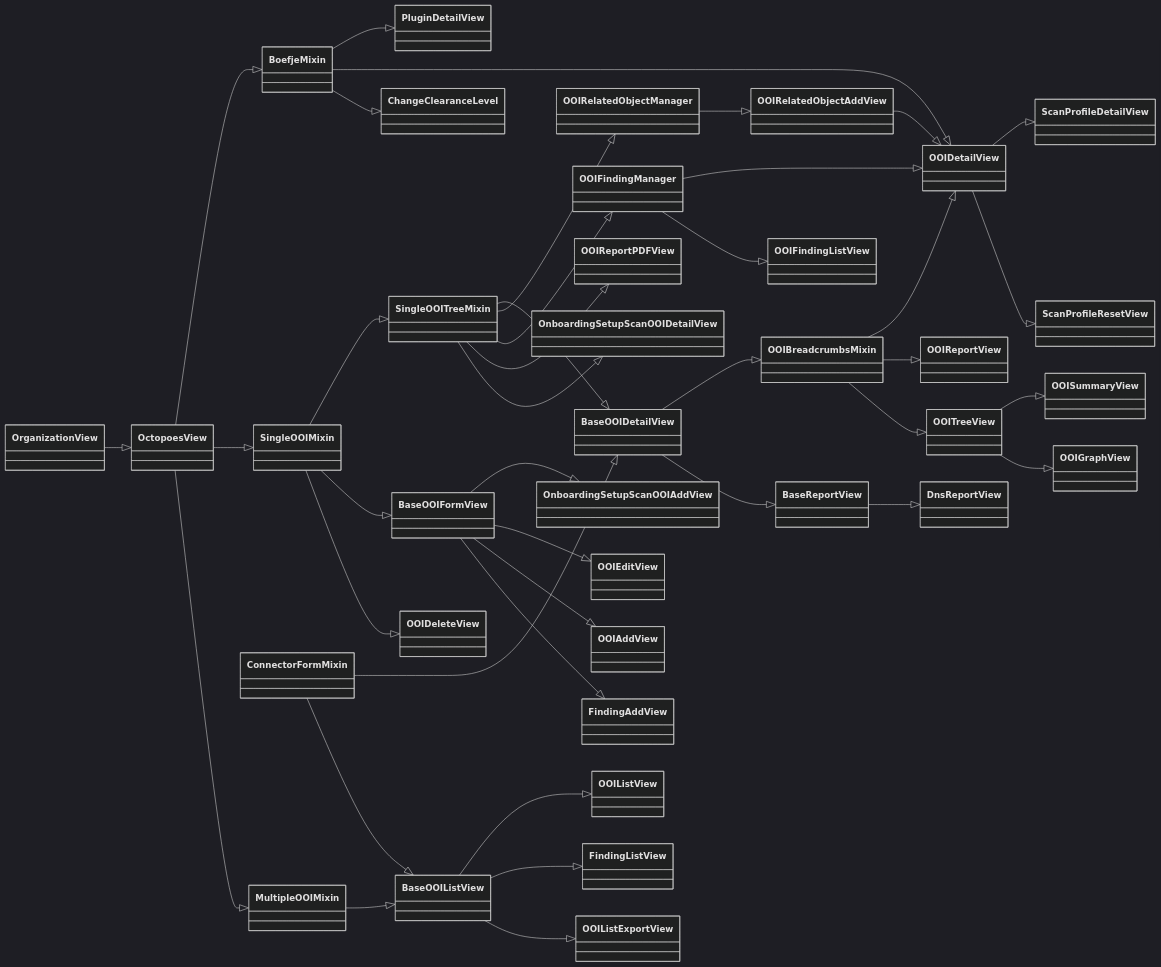
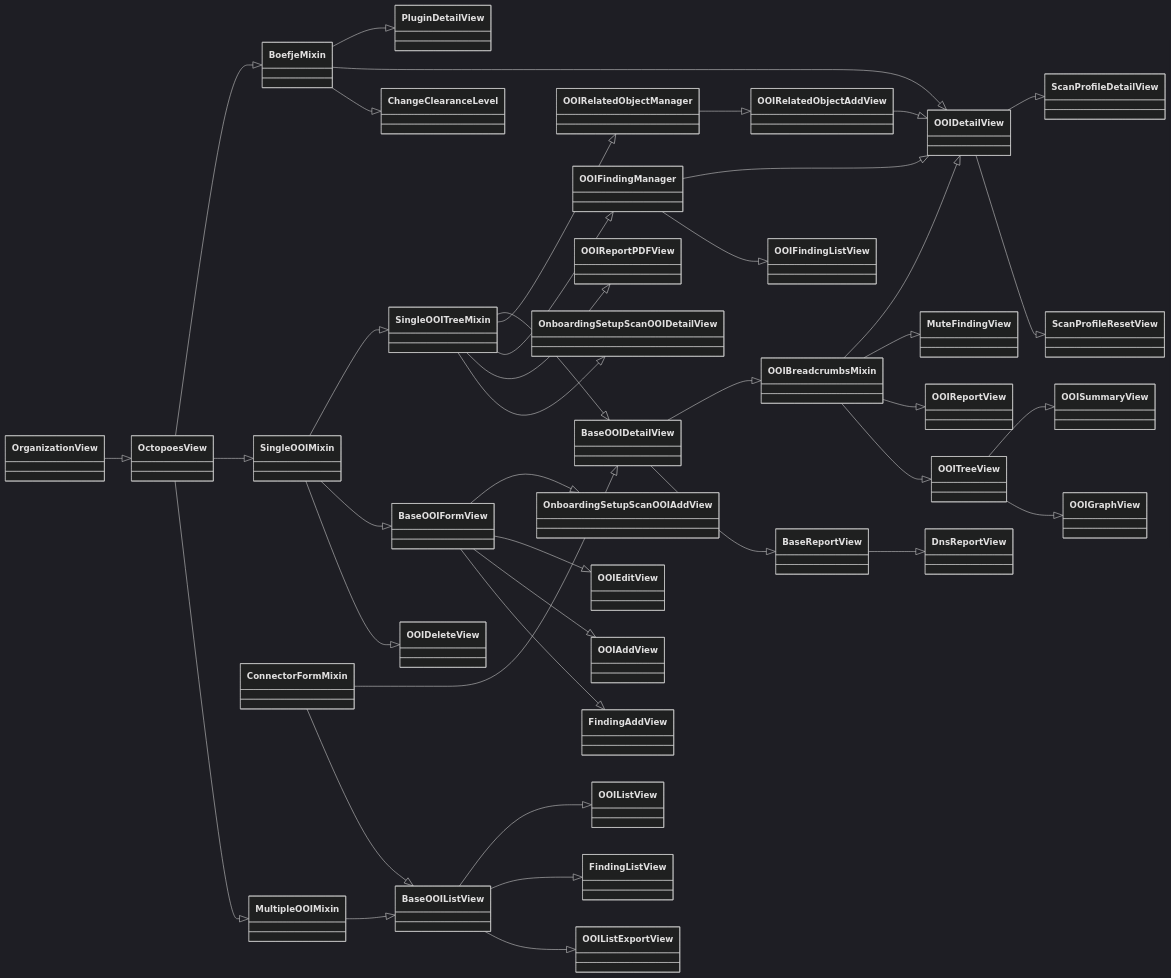
One commit to minvws/nl-kat-coordination changed the third of 4 diagrams in docs/source/developer_documentation/rocky.md. Above: the diagram before and after it, drawn with Mermaid (dark theme).

Commit message:
Add new MuteFindingView to docs

````diff
--- a/docs/source/developer_documentation/rocky.md
+++ b/docs/source/developer_documentation/rocky.md
@@ -72,57 +72,58 @@
 ```{mermaid}
 classDiagram
 direction RL
     class OrganizationView
     class OctopoesView
     class BoefjeMixin
 
     OctopoesView <|-- OrganizationView
 
     BoefjeMixin <|-- OctopoesView
     PluginDetailView <|-- BoefjeMixin
     OOIDetailView <|-- BoefjeMixin
     OOIDetailView <|-- OOIRelatedObjectAddView
     OOIDetailView <|-- OOIFindingManager
     ChangeClearanceLevel <|-- BoefjeMixin
 
     SingleOOIMixin <|-- OctopoesView
     SingleOOITreeMixin <|-- SingleOOIMixin
 
     BaseOOIDetailView <|-- SingleOOITreeMixin
     BaseOOIDetailView <|-- ConnectorFormMixin
     OOIDetailView <|-- OOIBreadcrumbsMixin
+    MuteFindingView <|-- OOIBreadcrumbsMixin
     OOIBreadcrumbsMixin <|-- BaseOOIDetailView
     BaseReportView <|-- BaseOOIDetailView
     DnsReportView <|-- BaseReportView
 
     OOIReportView <|-- OOIBreadcrumbsMixin
     OOITreeView <|-- OOIBreadcrumbsMixin
     OOISummaryView <|-- OOITreeView
     OOIGraphView <|-- OOITreeView
 
     OOIRelatedObjectManager <|-- SingleOOITreeMixin
     OOIFindingManager <|-- SingleOOITreeMixin
     OOIFindingListView <|-- OOIFindingManager
     OOIRelatedObjectAddView <|-- OOIRelatedObjectManager
 
     OOIReportPDFView <|-- SingleOOITreeMixin
     OnboardingSetupScanOOIDetailView <|-- SingleOOITreeMixin
 
     BaseOOIFormView <|-- SingleOOIMixin
     OOIDeleteView <|-- SingleOOIMixin
 
     OnboardingSetupScanOOIAddView <|-- BaseOOIFormView
     OOIEditView <|-- BaseOOIFormView
     OOIAddView <|-- BaseOOIFormView
     FindingAddView <|-- BaseOOIFormView
 
     MultipleOOIMixin <|-- OctopoesView
     BaseOOIListView <|-- MultipleOOIMixin
     BaseOOIListView <|-- ConnectorFormMixin
     OOIListView <|-- BaseOOIListView
     FindingListView <|-- BaseOOIListView
     OOIListExportView <|-- BaseOOIListView
 
     ScanProfileDetailView <|-- OOIDetailView
     ScanProfileResetView <|-- OOIDetailView
 ```
````
